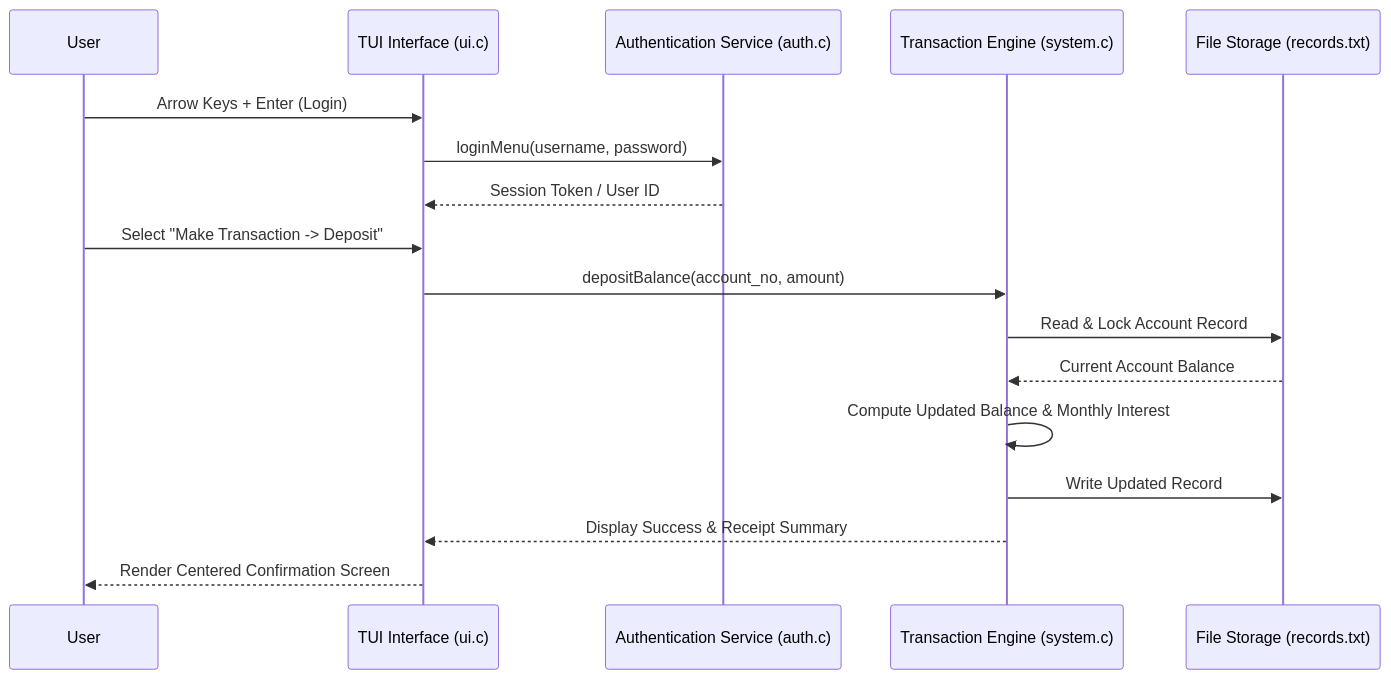
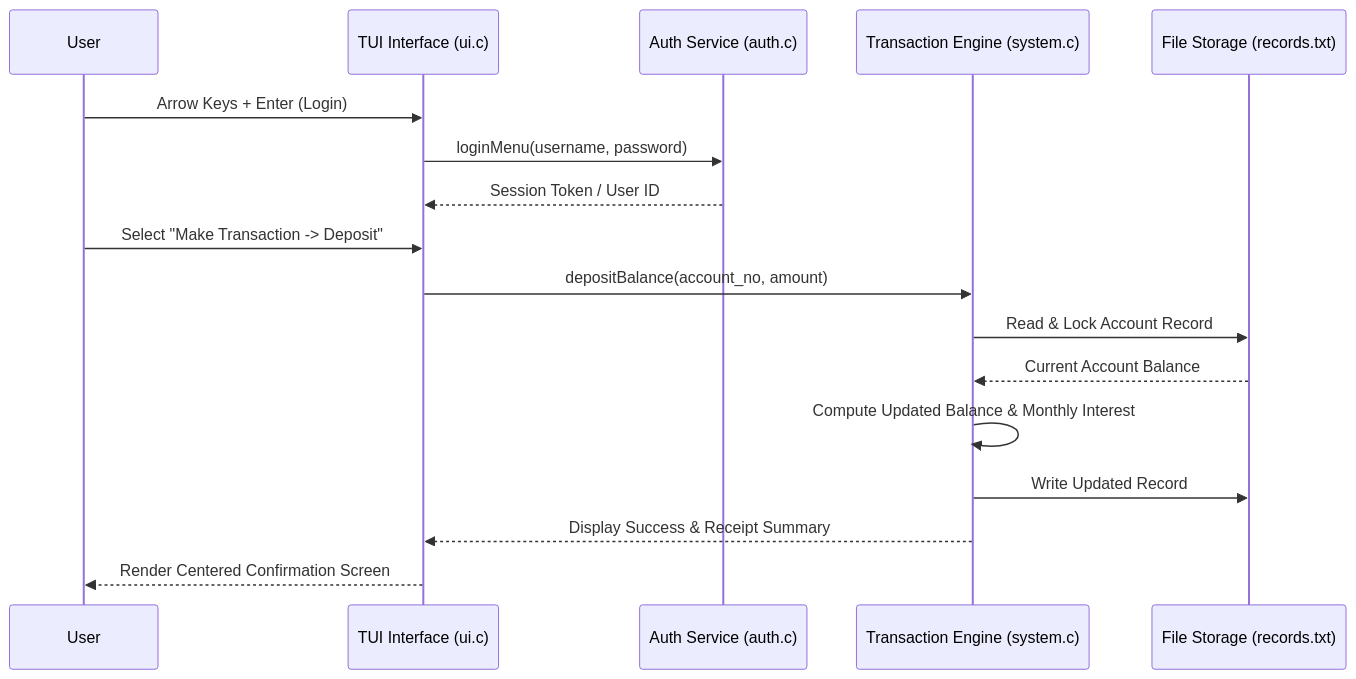
The second of 2 diagrams in README.md (sahmedhusain/apex-vault), drawn with Mermaid before and after one commit. The commit also changed other lines of this file, not shown here.

Commit message:
docs: Add TUI terminal previews and refine Mermaid syntax

````diff
--- a/README.md
+++ b/README.md
@@ -55,21 +116,21 @@
 ```mermaid
 sequenceDiagram
-    participant User
+    participant User as User
     participant TUI as TUI Interface (ui.c)
-    participant Auth as Authentication Service (auth.c)
+    participant Auth as Auth Service (auth.c)
     participant Engine as Transaction Engine (system.c)
     participant DB as File Storage (records.txt)
 
     User->>TUI: Arrow Keys + Enter (Login)
     TUI->>Auth: loginMenu(username, password)
     Auth-->>TUI: Session Token / User ID
     
     User->>TUI: Select "Make Transaction -> Deposit"
     TUI->>Engine: depositBalance(account_no, amount)
     Engine->>DB: Read & Lock Account Record
     DB-->>Engine: Current Account Balance
     Engine->>Engine: Compute Updated Balance & Monthly Interest
     Engine->>DB: Write Updated Record
     Engine-->>TUI: Display Success & Receipt Summary
     TUI-->>User: Render Centered Confirmation Screen
 ```
````
